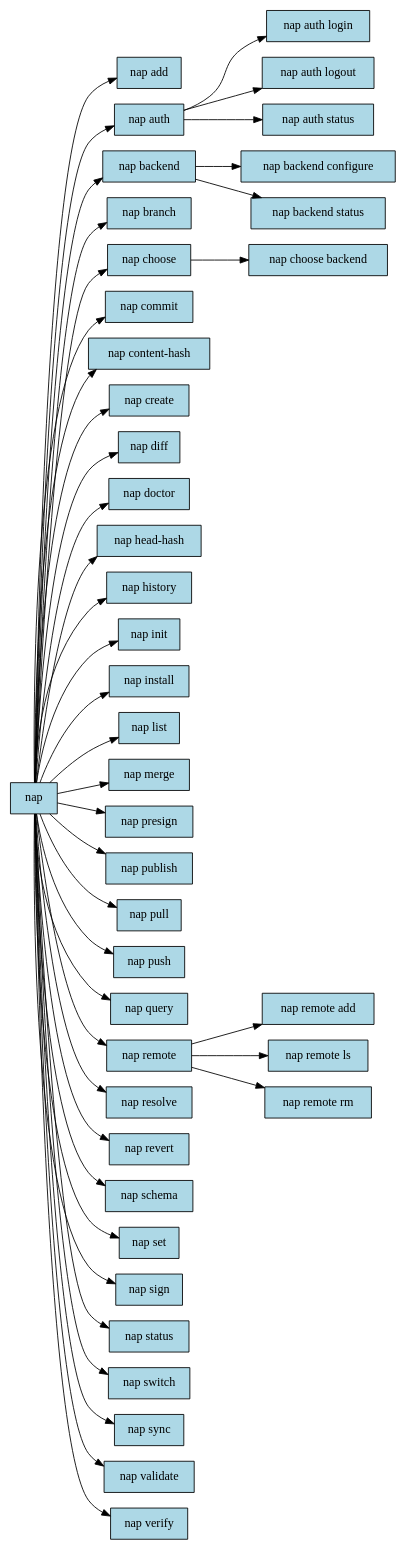
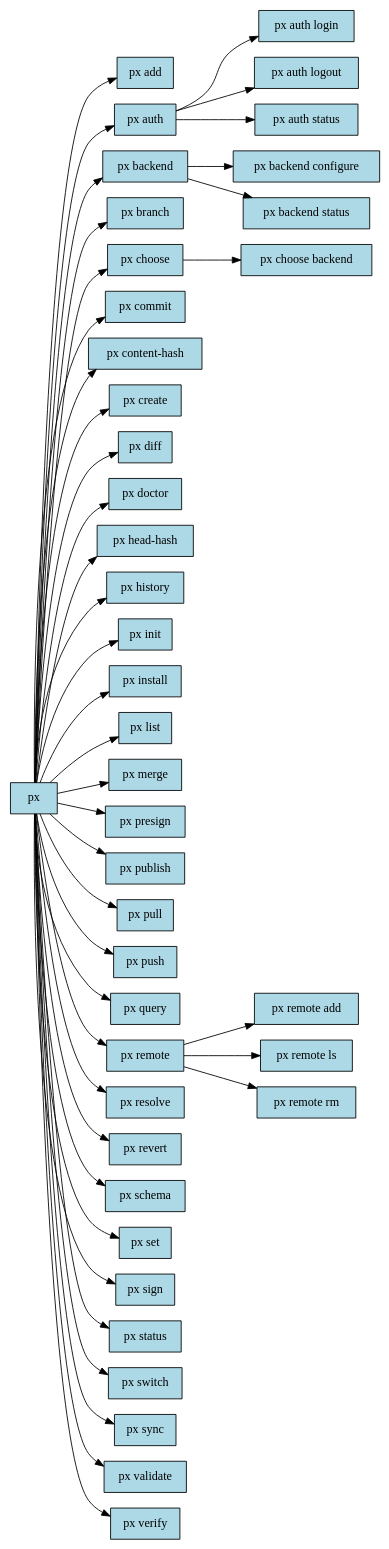
The diagram in docs/generated/commands.dot (portalshq/narrativeengine), drawn with Graphviz before and after one commit. The commit also changed 454 other files, not shown here.

```diff
--- a/docs/generated/commands.dot
+++ b/docs/generated/commands.dot
@@ -1,87 +1,87 @@
-digraph nap_commands {
+digraph px_commands {
     rankdir=LR;
     node [shape=box, style=filled, fillcolor=lightblue];
     
-    "add" [label="nap add"];
-    "nap" -> "add";
-    "auth" [label="nap auth"];
-    "nap" -> "auth";
-    "auth_login" [label="nap auth login"];
+    "add" [label="px add"];
+    "px" -> "add";
+    "auth" [label="px auth"];
+    "px" -> "auth";
+    "auth_login" [label="px auth login"];
     "auth" -> "auth_login";
-    "auth_logout" [label="nap auth logout"];
+    "auth_logout" [label="px auth logout"];
     "auth" -> "auth_logout";
-    "auth_status" [label="nap auth status"];
+    "auth_status" [label="px auth status"];
     "auth" -> "auth_status";
-    "backend" [label="nap backend"];
-    "nap" -> "backend";
-    "backend_configure" [label="nap backend configure"];
+    "backend" [label="px backend"];
+    "px" -> "backend";
+    "backend_configure" [label="px backend configure"];
     "backend" -> "backend_configure";
-    "backend_status" [label="nap backend status"];
+    "backend_status" [label="px backend status"];
     "backend" -> "backend_status";
-    "branch" [label="nap branch"];
-    "nap" -> "branch";
-    "choose" [label="nap choose"];
-    "nap" -> "choose";
-    "choose_backend" [label="nap choose backend"];
+    "branch" [label="px branch"];
+    "px" -> "branch";
+    "choose" [label="px choose"];
+    "px" -> "choose";
+    "choose_backend" [label="px choose backend"];
     "choose" -> "choose_backend";
-    "commit" [label="nap commit"];
-    "nap" -> "commit";
-    "content-hash" [label="nap content-hash"];
-    "nap" -> "content-hash";
-    "create" [label="nap create"];
-    "nap" -> "create";
-    "diff" [label="nap diff"];
-    "nap" -> "diff";
-    "doctor" [label="nap doctor"];
-    "nap" -> "doctor";
-    "head-hash" [label="nap head-hash"];
-    "nap" -> "head-hash";
-    "history" [label="nap history"];
-    "nap" -> "history";
-    "init" [label="nap init"];
-    "nap" -> "init";
-    "install" [label="nap install"];
-    "nap" -> "install";
-    "list" [label="nap list"];
-    "nap" -> "list";
-    "merge" [label="nap merge"];
-    "nap" -> "merge";
-    "presign" [label="nap presign"];
-    "nap" -> "presign";
-    "publish" [label="nap publish"];
-    "nap" -> "publish";
-    "pull" [label="nap pull"];
-    "nap" -> "pull";
-    "push" [label="nap push"];
-    "nap" -> "push";
-    "query" [label="nap query"];
-    "nap" -> "query";
-    "remote" [label="nap remote"];
-    "nap" -> "remote";
-    "remote_add" [label="nap remote add"];
+    "commit" [label="px commit"];
+    "px" -> "commit";
+    "content-hash" [label="px content-hash"];
+    "px" -> "content-hash";
+    "create" [label="px create"];
+    "px" -> "create";
+    "diff" [label="px diff"];
+    "px" -> "diff";
+    "doctor" [label="px doctor"];
+    "px" -> "doctor";
+    "head-hash" [label="px head-hash"];
+    "px" -> "head-hash";
+    "history" [label="px history"];
+    "px" -> "history";
+    "init" [label="px init"];
+    "px" -> "init";
+    "install" [label="px install"];
+    "px" -> "install";
+    "list" [label="px list"];
+    "px" -> "list";
+    "merge" [label="px merge"];
+    "px" -> "merge";
+    "presign" [label="px presign"];
+    "px" -> "presign";
+    "publish" [label="px publish"];
+    "px" -> "publish";
+    "pull" [label="px pull"];
+    "px" -> "pull";
+    "push" [label="px push"];
+    "px" -> "push";
+    "query" [label="px query"];
+    "px" -> "query";
+    "remote" [label="px remote"];
+    "px" -> "remote";
+    "remote_add" [label="px remote add"];
     "remote" -> "remote_add";
-    "remote_ls" [label="nap remote ls"];
+    "remote_ls" [label="px remote ls"];
     "remote" -> "remote_ls";
-    "remote_rm" [label="nap remote rm"];
+    "remote_rm" [label="px remote rm"];
     "remote" -> "remote_rm";
-    "resolve" [label="nap resolve"];
-    "nap" -> "resolve";
-    "revert" [label="nap revert"];
-    "nap" -> "revert";
-    "schema" [label="nap schema"];
-    "nap" -> "schema";
-    "set" [label="nap set"];
-    "nap" -> "set";
-    "sign" [label="nap sign"];
-    "nap" -> "sign";
-    "status" [label="nap status"];
-    "nap" -> "status";
-    "switch" [label="nap switch"];
-    "nap" -> "switch";
-    "sync" [label="nap sync"];
-    "nap" -> "sync";
-    "validate" [label="nap validate"];
-    "nap" -> "validate";
-    "verify" [label="nap verify"];
-    "nap" -> "verify";
+    "resolve" [label="px resolve"];
+    "px" -> "resolve";
+    "revert" [label="px revert"];
+    "px" -> "revert";
+    "schema" [label="px schema"];
+    "px" -> "schema";
+    "set" [label="px set"];
+    "px" -> "set";
+    "sign" [label="px sign"];
+    "px" -> "sign";
+    "status" [label="px status"];
+    "px" -> "status";
+    "switch" [label="px switch"];
+    "px" -> "switch";
+    "sync" [label="px sync"];
+    "px" -> "sync";
+    "validate" [label="px validate"];
+    "px" -> "validate";
+    "verify" [label="px verify"];
+    "px" -> "verify";
 }
```
